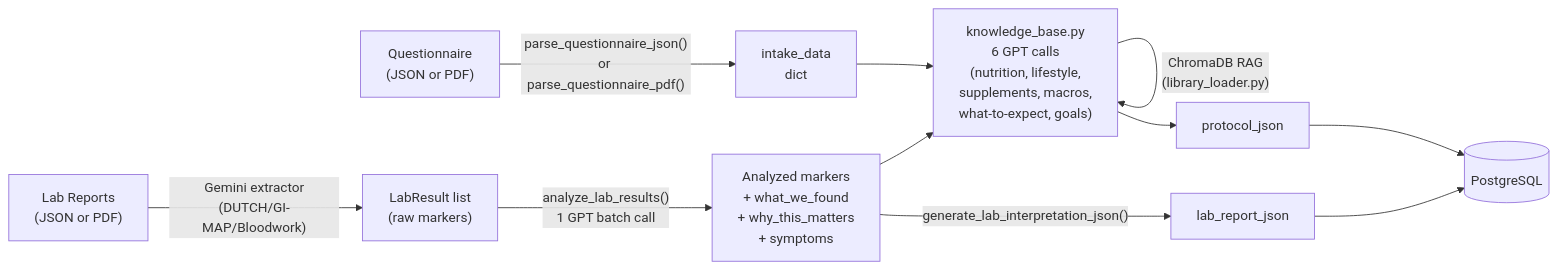
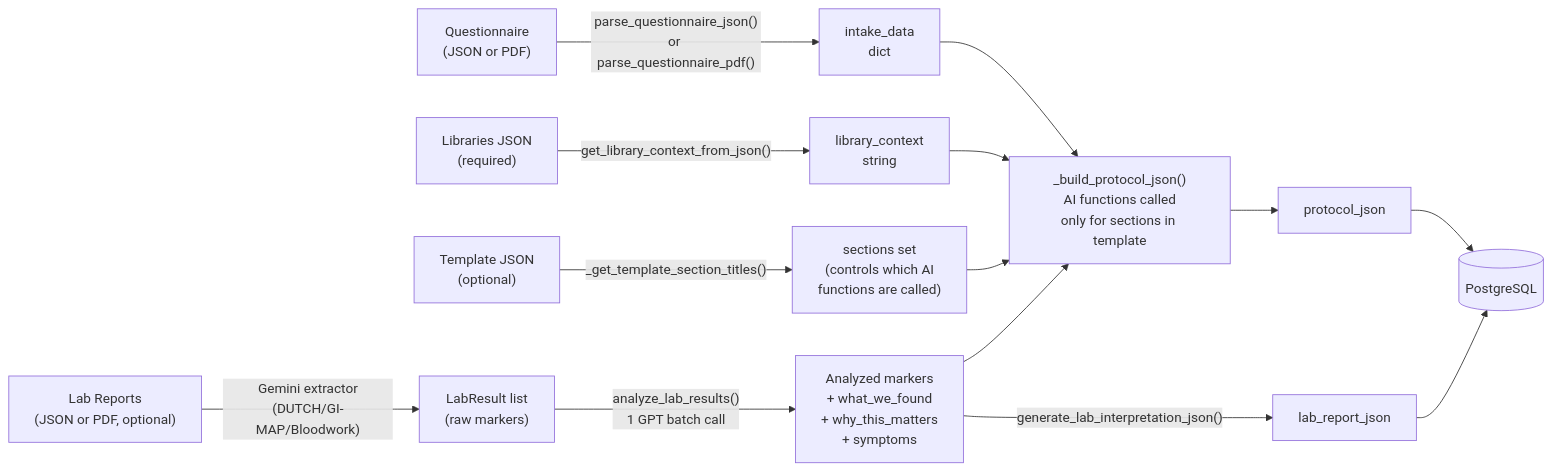
The third of 4 diagrams in flowchart.md (naddamumtazCcript/report-system), drawn with Mermaid before and after one commit. The commit also changed other lines of this file and 7 other files, not shown here.

````diff
--- a/flowchart.md
+++ b/flowchart.md
@@ -167,22 +175,27 @@
 ```mermaid
 flowchart LR
     Q["Questionnaire\n(JSON or PDF)"]
-    L["Lab Reports\n(JSON or PDF)"]
+    L["Lab Reports\n(JSON or PDF, optional)"]
+    LIB["Libraries JSON\n(required)"]
+    TPL["Template JSON\n(optional)"]
 
     Q -->|"parse_questionnaire_json()\nor parse_questionnaire_pdf()"| ID["intake_data\ndict"]
 
     L -->|"Gemini extractor\n(DUTCH/GI-MAP/Bloodwork)"| LR["LabResult list\n(raw markers)"]
 
     LR -->|"analyze_lab_results()\n1 GPT batch call"| AM["Analyzed markers\n+ what_we_found\n+ why_this_matters\n+ symptoms"]
 
-    ID --> KB["knowledge_base.py\n6 GPT calls\n(nutrition, lifestyle,\nsupplements, macros,\nwhat-to-expect, goals)"]
+    LIB -->|"get_library_context_from_json()"| CTX["library_context\nstring"]
+    TPL -->|"_get_template_section_titles()"| SEC["sections set\n(controls which AI\nfunctions are called)"]
+
+    ID --> KB["_build_protocol_json()\nAI functions called\nonly for sections in template"]
     AM --> KB
-
-    KB -->|"ChromaDB RAG\n(library_loader.py)"| KB
+    CTX --> KB
+    SEC --> KB
 
     KB --> PJ["protocol_json"]
     AM -->|"generate_lab_interpretation_json()"| LJ["lab_report_json"]
 
     PJ --> DB[("PostgreSQL")]
     LJ --> DB
 ```
````
